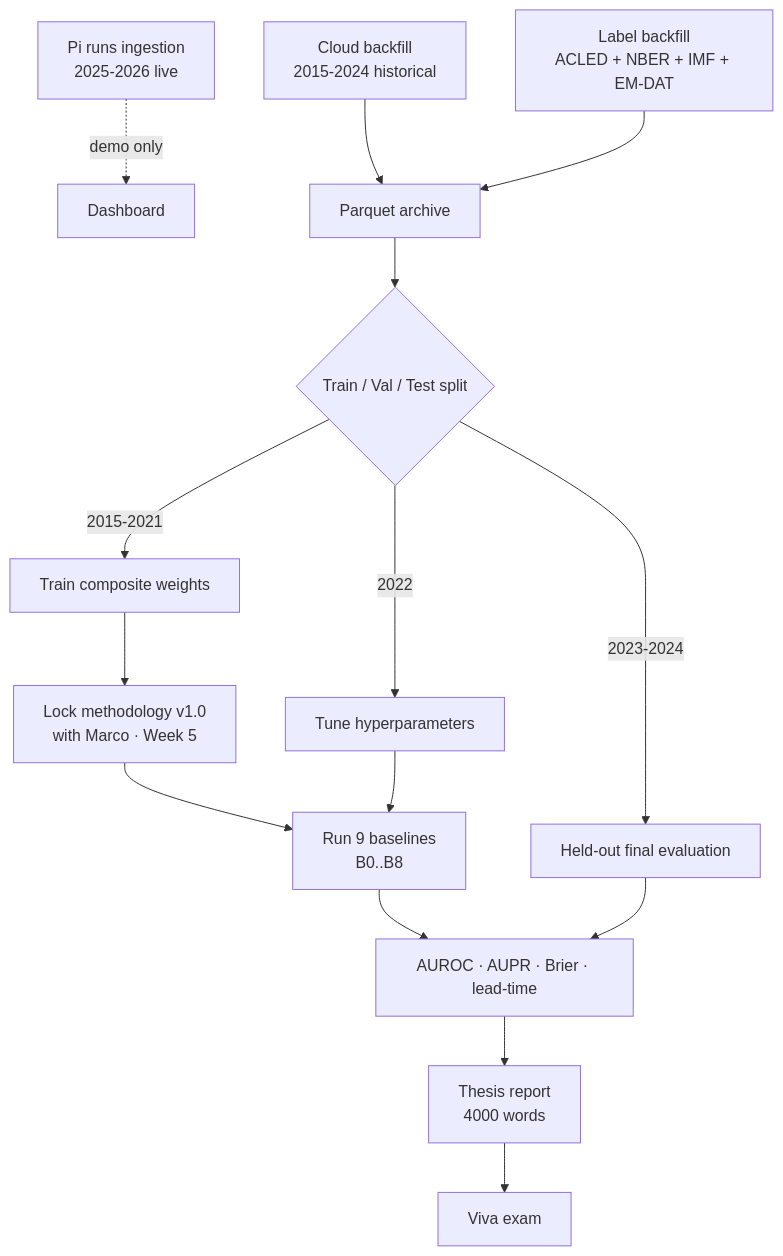
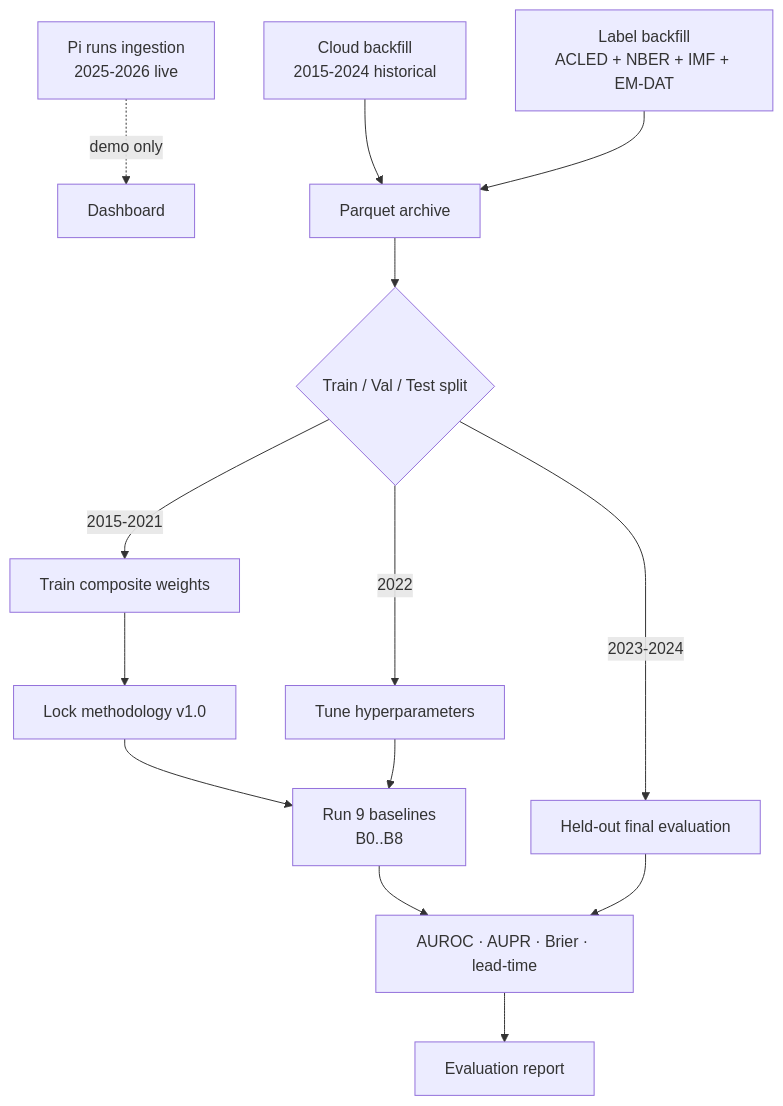
One commit to BasilSuhail/OSINT changed the fourth of 4 diagrams in README.md. Above: the diagram before and after it, drawn with Mermaid. The commit also changed other lines of this file and 4 other files, not shown here.

First line of the commit message:
docs: #627 strip thesis/university/viva/deadline framing from the README

````diff
--- a/README.md
+++ b/README.md
@@ -1102,17 +1102,16 @@
 ```mermaid
 flowchart TD
     A[Pi runs ingestion<br/>2025-2026 live] -.demo only.-> Z[Dashboard]
     B[Cloud backfill<br/>2015-2024 historical] --> C[Parquet archive]
     L[Label backfill<br/>ACLED + NBER + IMF + EM-DAT] --> C
     C --> SPLIT{Train / Val / Test split}
     SPLIT -->|2015-2021| TRAIN[Train composite weights]
     SPLIT -->|2022| VAL[Tune hyperparameters]
     SPLIT -->|2023-2024| TEST[Held-out final evaluation]
-    TRAIN --> LOCK[Lock methodology v1.0<br/>with Marco · Week 5]
+    TRAIN --> LOCK[Lock methodology v1.0]
     LOCK --> RUN[Run 9 baselines<br/>B0..B8]
     VAL --> RUN
     RUN --> METRICS[AUROC · AUPR · Brier · lead-time]
     TEST --> METRICS
-    METRICS --> REPORT[Thesis report<br/>4000 words]
-    REPORT --> VIVA[Viva exam]
+    METRICS --> REPORT[Evaluation report]
 ```
````
